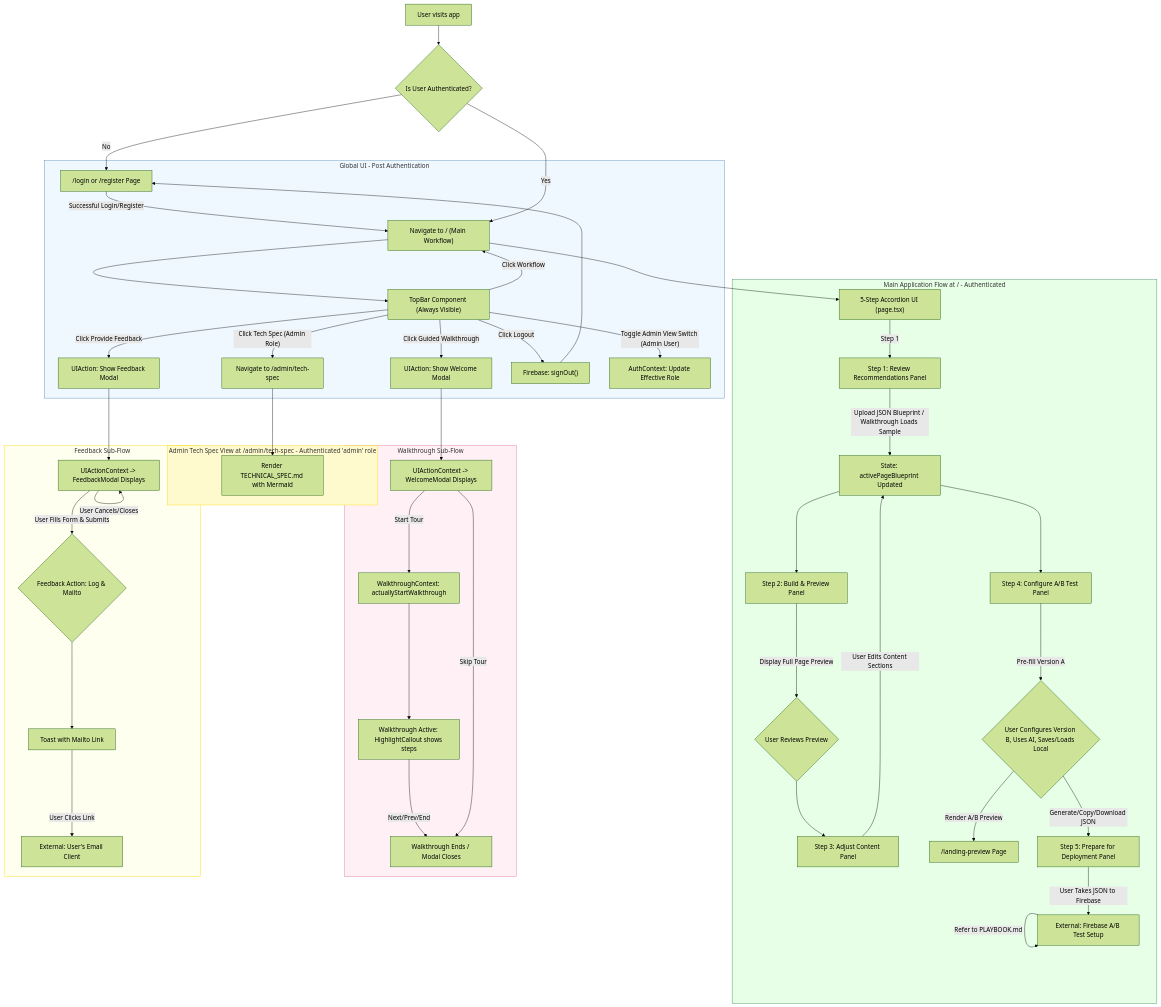
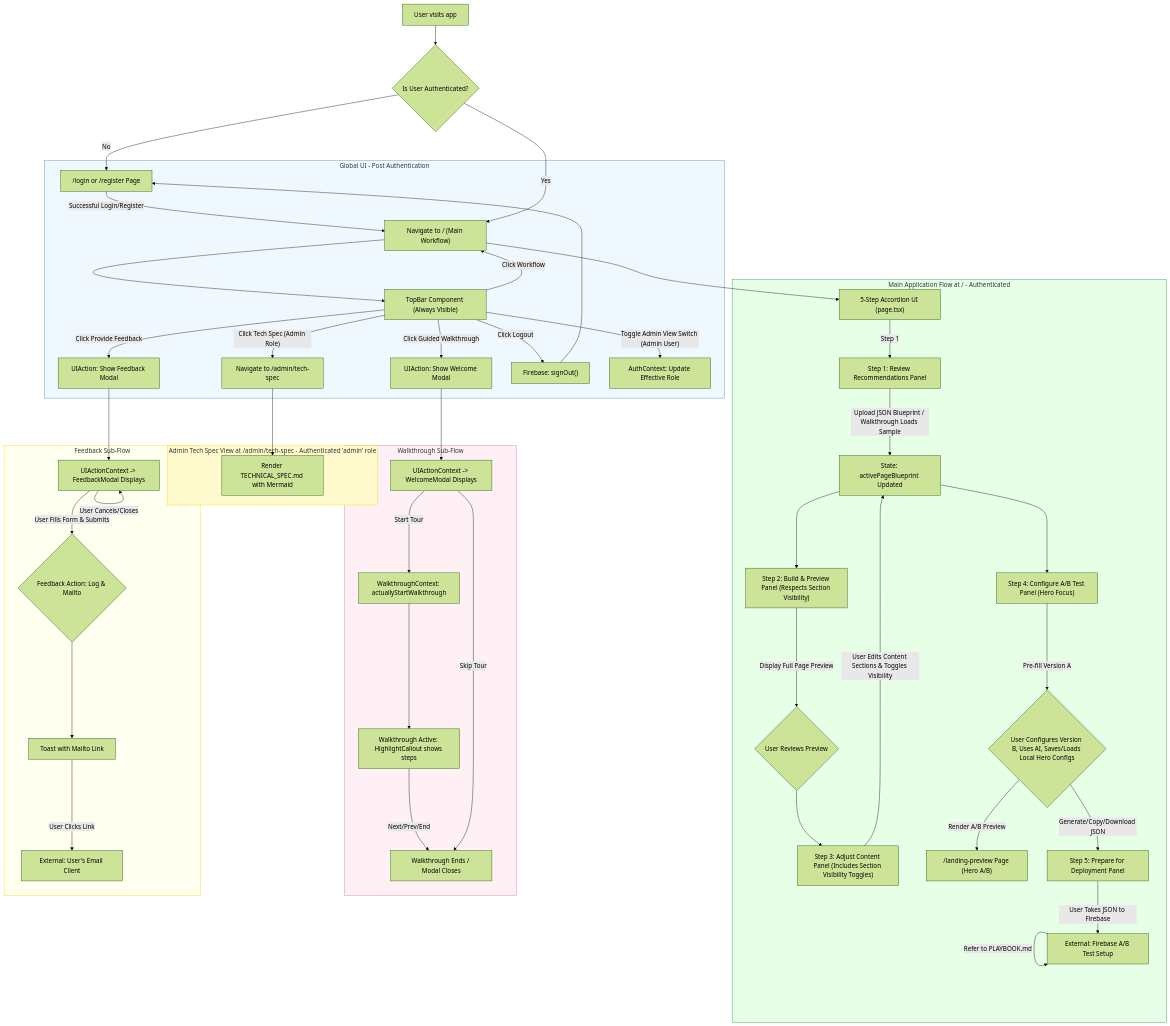
Before and after one commit to jason-davey/studio: the second of 2 diagrams in TECHNICAL_SPEC.md, drawn with Mermaid (forest theme). The commit also changed other lines of this file and 3 other files, not shown here.

````diff
--- a/TECHNICAL_SPEC.md
+++ b/TECHNICAL_SPEC.md
@@ -416,65 +422,65 @@
 ```mermaid
 graph TD
     UserStart["User visits app"] --> CheckAuth{"Is User Authenticated?"}
     CheckAuth -- No --> LoginPage["/login or /register Page"]
     LoginPage -- Successful Login/Register --> MainAppNav["Navigate to / (Main Workflow)"]
     CheckAuth -- Yes --> MainAppNav
 
     subgraph GlobalUI [Global UI - Post Authentication]
         MainAppNav --> TopBarComp["TopBar Component (Always Visible)"]
         TopBarComp -- Click Workflow --> MainAppNav
         TopBarComp -- Click Tech Spec (Admin Role) --> AdminSpecNav["Navigate to /admin/tech-spec"]
         TopBarComp -- Click Guided Walkthrough --> UIAction_ShowWelcomeModal["UIAction: Show Welcome Modal"]
         TopBarComp -- Click Provide Feedback --> UIAction_ShowFeedbackModal["UIAction: Show Feedback Modal"]
         TopBarComp -- Click Logout --> LogoutAction["Firebase: signOut()"]
         TopBarComp -- Toggle Admin View Switch (Admin User) --> AuthContextRoleViewChange["AuthContext: Update Effective Role"]
         LogoutAction --> LoginPage
     end
 
     subgraph MainApp [Main Application Flow at / - Authenticated]
         MainAppNav --> AccordionInterface["5-Step Accordion UI (page.tsx)"]
         
         AccordionInterface -- Step 1 --> Step1Panel["Step 1: Review Recommendations Panel"]
         Step1Panel -- Upload JSON Blueprint / Walkthrough Loads Sample --> BlueprintState["State: activePageBlueprint Updated"]
         
-        BlueprintState --> Step2Panel["Step 2: Build & Preview Panel"]
+        BlueprintState --> Step2Panel["Step 2: Build & Preview Panel (Respects Section Visibility)"]
         Step2Panel -- Display Full Page Preview --> UserReviewsPreview{"User Reviews Preview"}
         
-        UserReviewsPreview --> Step3Panel["Step 3: Adjust Content Panel"]
-        Step3Panel -- User Edits Content Sections --> BlueprintState
+        UserReviewsPreview --> Step3Panel["Step 3: Adjust Content Panel (Includes Section Visibility Toggles)"]
+        Step3Panel -- User Edits Content Sections & Toggles Visibility --> BlueprintState
         
-        BlueprintState --> Step4Panel["Step 4: Configure A/B Test Panel"]
-        Step4Panel -- Pre-fill Version A --> UserConfiguresAB{"User Configures Version B, Uses AI, Saves/Loads Local"}
-        UserConfiguresAB -- Render A/B Preview --> PreviewPage["/landing-preview Page"]
+        BlueprintState --> Step4Panel["Step 4: Configure A/B Test Panel (Hero Focus)"]
+        Step4Panel -- Pre-fill Version A --> UserConfiguresAB{"User Configures Version B, Uses AI, Saves/Loads Local Hero Configs"}
+        UserConfiguresAB -- Render A/B Preview --> PreviewPage["/landing-preview Page (Hero A/B)"]
         UserConfiguresAB -- Generate/Copy/Download JSON --> Step5Panel["Step 5: Prepare for Deployment Panel"]
         
         Step5Panel -- User Takes JSON to Firebase --> FirebaseConsoleSetup["External: Firebase A/B Test Setup"]
         FirebaseConsoleSetup -- Refer to PLAYBOOK.md --> FirebaseConsoleSetup
     end
     
     subgraph AdminSpecView [Admin Tech Spec View at /admin/tech-spec - Authenticated 'admin' role]
         AdminSpecNav --> RenderTechSpec["Render TECHNICAL_SPEC.md with Mermaid"]
     end
 
     subgraph WalkthroughFlow [Walkthrough Sub-Flow]
         UIAction_ShowWelcomeModal --> WelcomeModalDisplay["UIActionContext -> WelcomeModal Displays"]
         WelcomeModalDisplay -- Start Tour --> WalkthroughStart["WalkthroughContext: actuallyStartWalkthrough"]
         WalkthroughStart --> WalkthroughActive["Walkthrough Active: HighlightCallout shows steps"]
         WalkthroughActive -- Next/Prev/End --> WalkthroughEnd["Walkthrough Ends / Modal Closes"]
         WelcomeModalDisplay -- Skip Tour --> WalkthroughEnd
     end
 
     subgraph FeedbackFlow [Feedback Sub-Flow]
         UIAction_ShowFeedbackModal --> FeedbackModalDisplay["UIActionContext -> FeedbackModal Displays"]
         FeedbackModalDisplay -- User Fills Form & Submits --> FeedbackAction{"Feedback Action: Log & Mailto"}
         FeedbackAction --> FeedbackToast["Toast with Mailto Link"]
         FeedbackToast -- User Clicks Link --> UserEmailClient_External["External: User's Email Client"]
         FeedbackModalDisplay -- User Cancels/Closes --> FeedbackModalDisplay
     end
 
     style GlobalUI fill:#f0f8ff,stroke:#4682b4
     style MainApp fill:#e6ffe6,stroke:#2e8b57
     style AdminSpecView fill:#fffacd,stroke:#ffd700
     style WalkthroughFlow fill:#fff0f5,stroke:#db7093
     style FeedbackFlow fill:#fffff0,stroke:#ffd700
 ```
````
